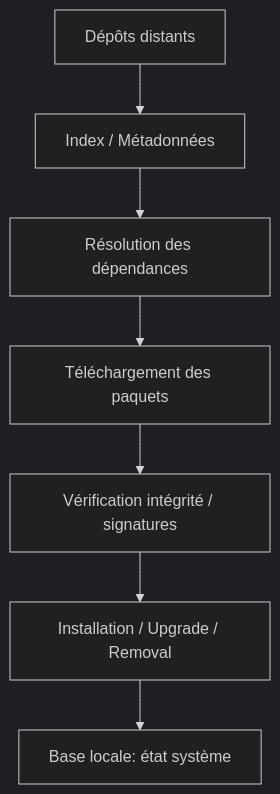
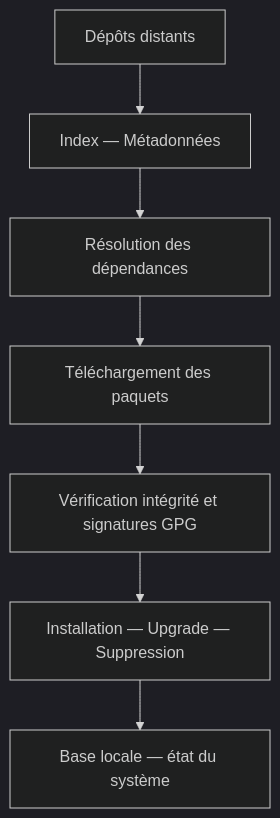
Before and after one commit to zyrass/omnydocs: the diagram in docs/bases/paquets/index.md, drawn with Mermaid (dark theme). The commit also changed other lines of this file and 671 other files, not shown here.

`````diff
--- a/docs/bases/paquets/index.md
+++ b/docs/bases/paquets/index.md
@@ -55,9 +68,17 @@
 ```mermaid
 flowchart TB
-    A[Dépôts distants] --> B[Index / Métadonnées]
-    B --> C[Résolution des dépendances]
-    C --> D[Téléchargement des paquets]
-    D --> E[Vérification intégrité / signatures]
-    E --> F[Installation / Upgrade / Removal]
-    F --> G[Base locale: état système]
-````
+    A["Dépôts distants"]
+    B["Index — Métadonnées"]
+    C["Résolution des dépendances"]
+    D["Téléchargement des paquets"]
+    E["Vérification intégrité et signatures GPG"]
+    F["Installation — Upgrade — Suppression"]
+    G["Base locale — état du système"]
+
+    A --> B
+    B --> C
+    C --> D
+    D --> E
+    E --> F
+    F --> G
+```
`````
